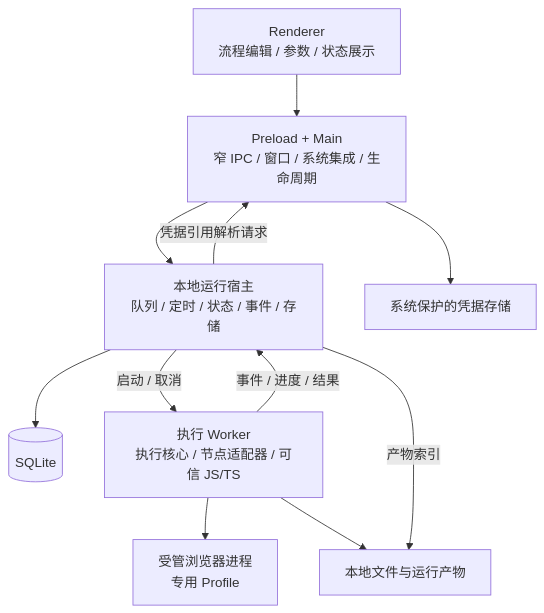
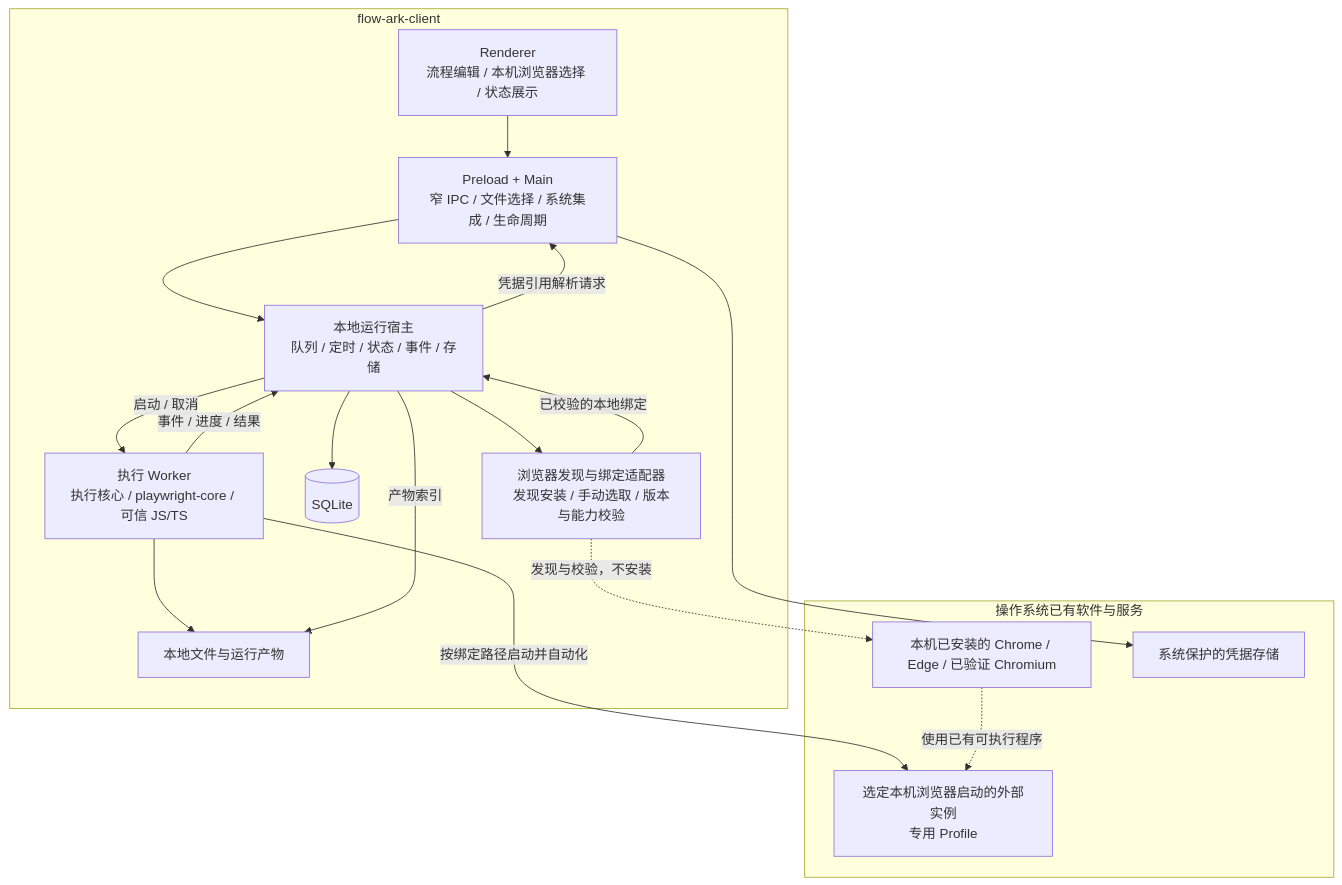
The second of 5 diagrams in docs/architecture.md (zhongmiao-org/flow-ark), drawn with Mermaid before and after one commit. The commit also changed other lines of this file and 4 other files, not shown here.

````diff
--- a/docs/architecture.md
+++ b/docs/architecture.md
@@ -57,21 +60,31 @@
 ```mermaid
 flowchart TB
-    UI["Renderer<br/>流程编辑 / 参数 / 状态展示"]
-    BR["Preload + Main<br/>窄 IPC / 窗口 / 系统集成 / 生命周期"]
-    HOST["本地运行宿主<br/>队列 / 定时 / 状态 / 事件 / 存储"]
-    DB[(SQLite)]
-    WORKER["执行 Worker<br/>执行核心 / 节点适配器 / 可信 JS/TS"]
-    WEB["受管浏览器进程<br/>专用 Profile"]
-    FILES["本地文件与运行产物"]
-    SECRET["系统保护的凭据存储"]
+    subgraph CLIENT["flow-ark-client"]
+        UI["Renderer<br/>流程编辑 / 本机浏览器选择 / 状态展示"]
+        BR["Preload + Main<br/>窄 IPC / 文件选择 / 系统集成 / 生命周期"]
+        HOST["本地运行宿主<br/>队列 / 定时 / 状态 / 事件 / 存储"]
+        SELECT["浏览器发现与绑定适配器<br/>发现安装 / 手动选取 / 版本与能力校验"]
+        DB[(SQLite)]
+        WORKER["执行 Worker<br/>执行核心 / playwright-core / 可信 JS/TS"]
+        FILES["本地文件与运行产物"]
+    end
+    subgraph SYSTEM["操作系统已有软件与服务"]
+        INSTALLED["本机已安装的 Chrome / Edge / 已验证 Chromium"]
+        WEB["选定本机浏览器启动的外部实例<br/>专用 Profile"]
+        SECRET["系统保护的凭据存储"]
+    end
     UI --> BR
     BR --> HOST
     HOST --> DB
+    HOST --> SELECT
+    SELECT -. "发现与校验，不安装" .-> INSTALLED
+    SELECT -->|"已校验的本地绑定"| HOST
     HOST -->|"启动 / 取消"| WORKER
     WORKER -->|"事件 / 进度 / 结果"| HOST
-    WORKER --> WEB
+    WORKER -->|"按绑定路径启动并自动化"| WEB
+    INSTALLED -. "使用已有可执行程序" .-> WEB
     WORKER --> FILES
     HOST -->|"产物索引"| FILES
     BR --> SECRET
     HOST -->|"凭据引用解析请求"| BR
 ```
````
